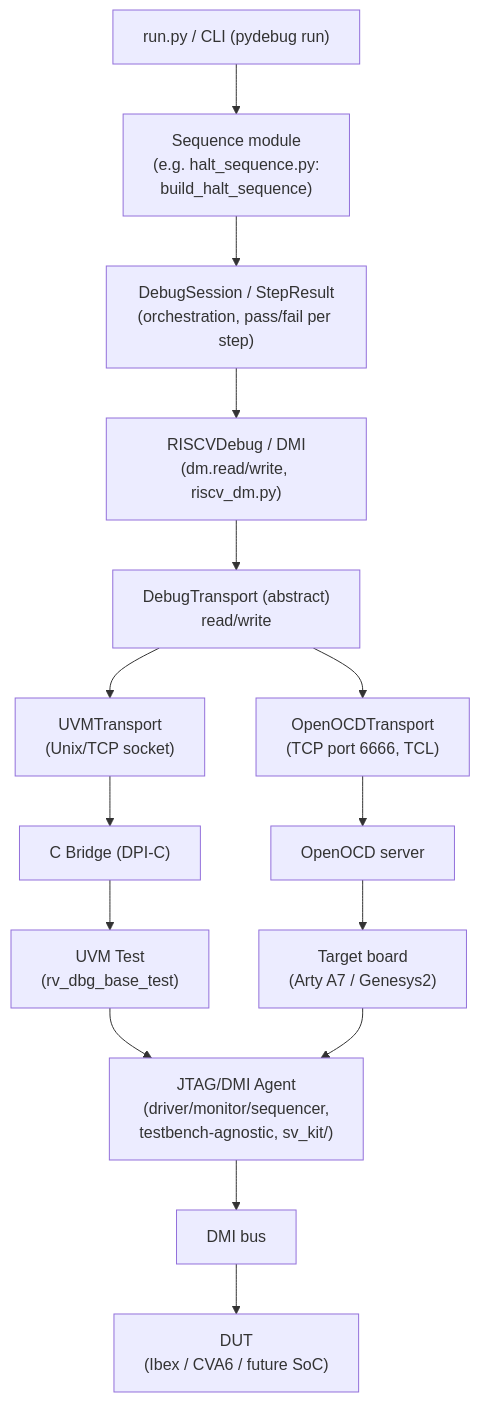
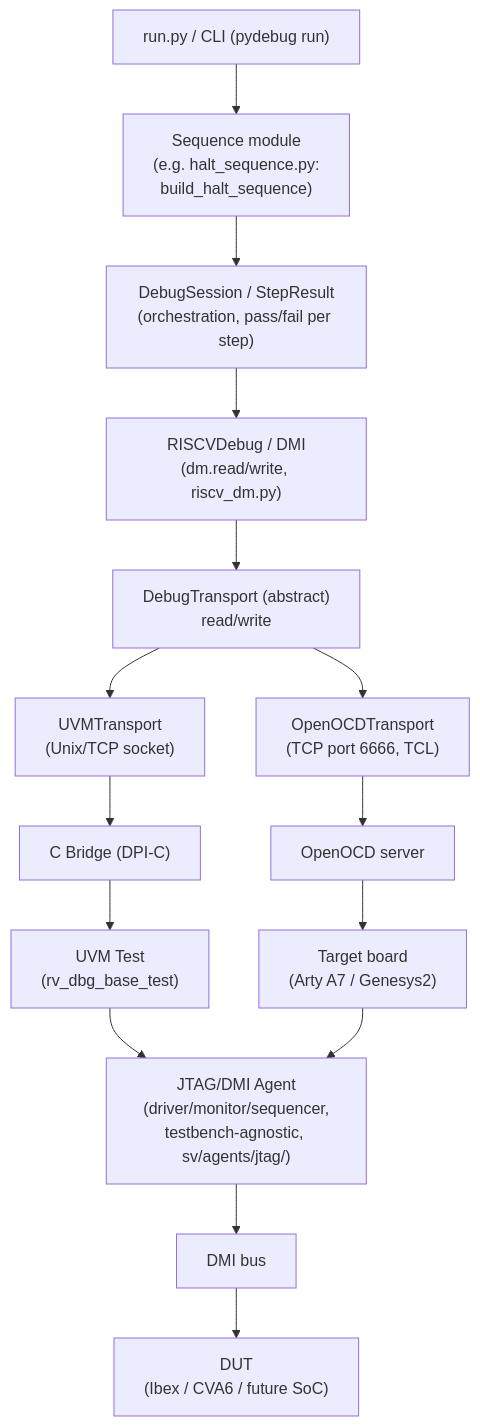
One commit to 10x-Engineers/riscv-dbg-vip changed the seventh of 8 diagrams in testplans/riscv_debug_flow.md. Above: the diagram before and after it, drawn with Mermaid. The commit also changed 59 other files, not shown here.

````diff
--- a/testplans/riscv_debug_flow.md
+++ b/testplans/riscv_debug_flow.md
@@ -98,24 +98,24 @@
 ```mermaid
 flowchart TB
     RUN["run.py / CLI (pydebug run)"]
     SEQ["Sequence module\n(e.g. halt_sequence.py:\nbuild_halt_sequence)"]
     SESSION["DebugSession / StepResult\n(orchestration, pass/fail per step)"]
     DM["RISCVDebug / DMI\n(dm.read/write, riscv_dm.py)"]
     TRANSPORT["DebugTransport (abstract)\nread/write"]
     RUN --> SEQ --> SESSION --> DM --> TRANSPORT
 
     TRANSPORT --> UVMT["UVMTransport\n(Unix/TCP socket)"]
     TRANSPORT --> OCDT["OpenOCDTransport\n(TCP port 6666, TCL)"]
 
     UVMT --> BRIDGE["C Bridge (DPI-C)"]
     OCDT --> OCDSRV["OpenOCD server"]
 
     BRIDGE --> UVMTEST["UVM Test\n(rv_dbg_base_test)"]
     OCDSRV --> BOARD["Target board\n(Arty A7 / Genesys2)"]
 
-    UVMTEST --> AGENT["JTAG/DMI Agent\n(driver/monitor/sequencer,\ntestbench-agnostic, sv_kit/)"]
+    UVMTEST --> AGENT["JTAG/DMI Agent\n(driver/monitor/sequencer,\ntestbench-agnostic, sv/agents/jtag/)"]
     BOARD --> AGENT
 
     AGENT --> DMI["DMI bus"]
     DMI --> DUT["DUT\n(Ibex / CVA6 / future SoC)"]
 ```
````
